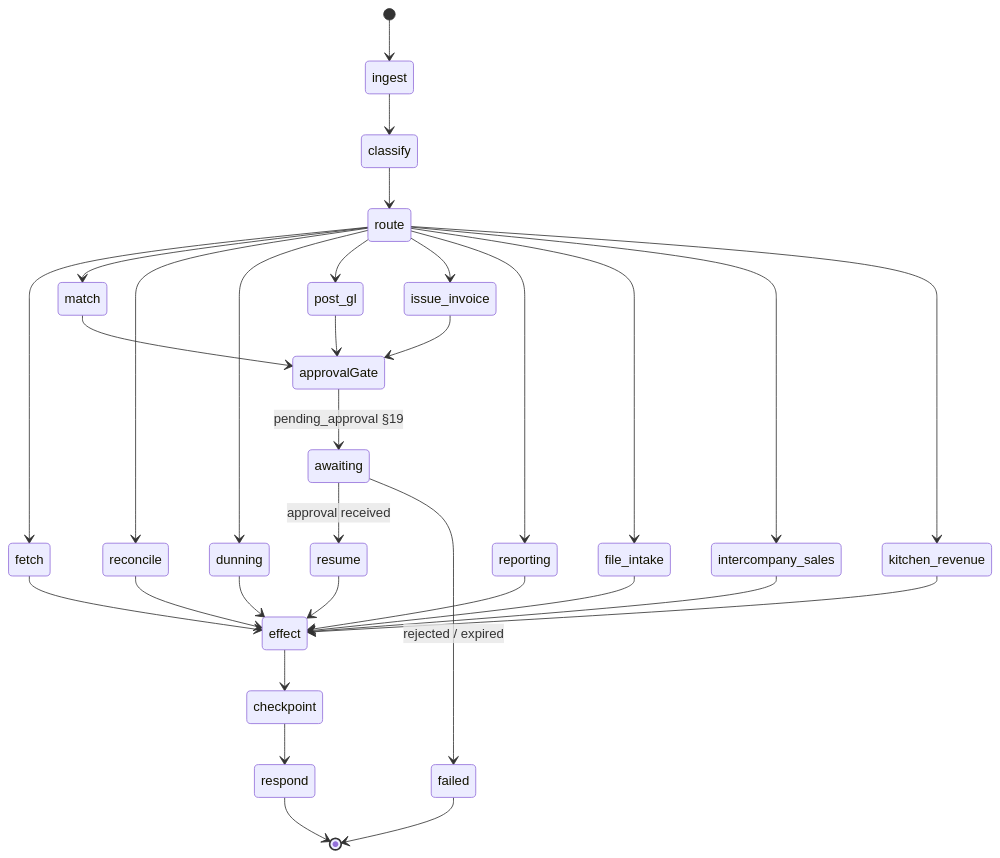
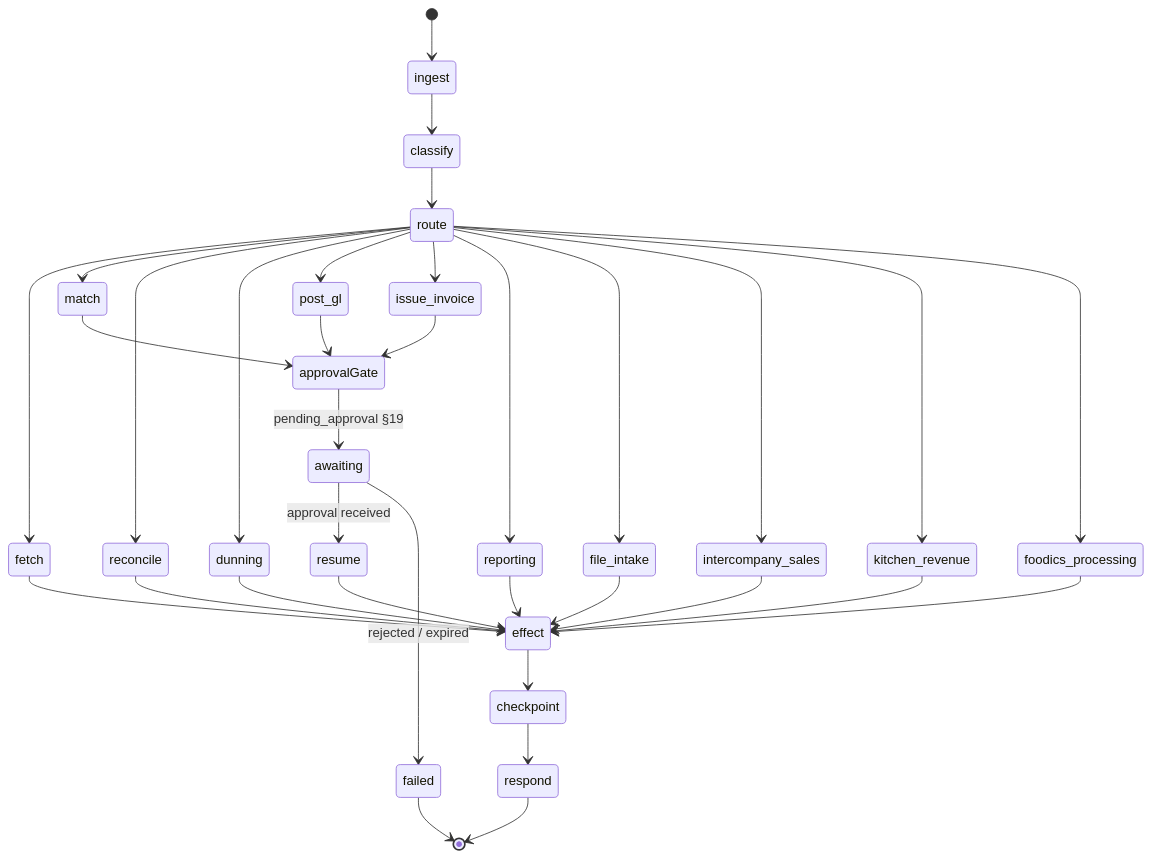
Before and after one commit to ugenkudupudiqbnox/ai-platform: the third of 10 diagrams in docs/cosmic-ar-architecture.md, drawn with Mermaid. The commit also changed other lines of this file and 16 other files, not shown here.

````diff
--- a/docs/cosmic-ar-architecture.md
+++ b/docs/cosmic-ar-architecture.md
@@ -179,34 +193,36 @@
 ```mermaid
 stateDiagram-v2
   [*] --> ingest
   ingest --> classify
   classify --> route
   route --> fetch
   route --> match
   route --> reconcile
   route --> dunning
   route --> post_gl
   route --> issue_invoice
   route --> reporting
   route --> file_intake
   route --> intercompany_sales
   route --> kitchen_revenue
+  route --> foodics_processing
   match --> approvalGate
   post_gl --> approvalGate
   issue_invoice --> approvalGate
   approvalGate --> awaiting: pending_approval §19
   awaiting --> resume: approval received
   resume --> effect
   fetch --> effect
   file_intake --> effect
   intercompany_sales --> effect
   kitchen_revenue --> effect
+  foodics_processing --> effect
   reconcile --> effect
   dunning --> effect
   reporting --> effect
   effect --> checkpoint
   checkpoint --> respond
   respond --> [*]
   awaiting --> failed: rejected / expired
   failed --> [*]
 ```
````
